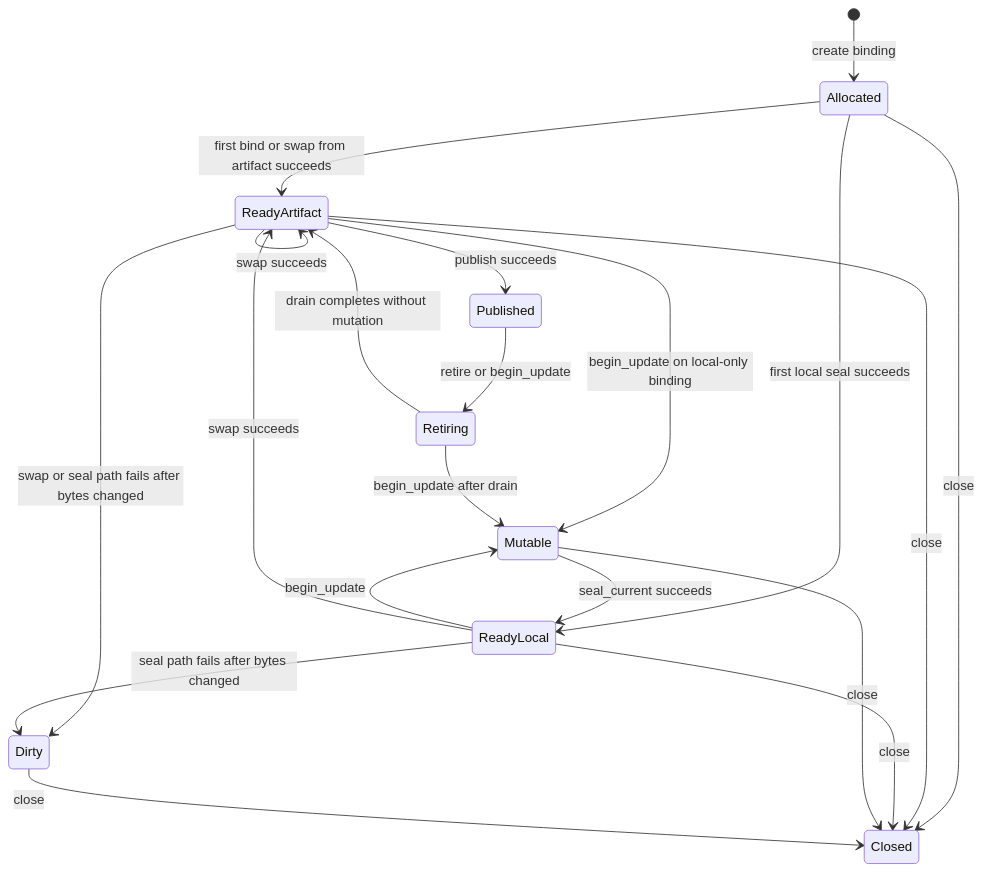
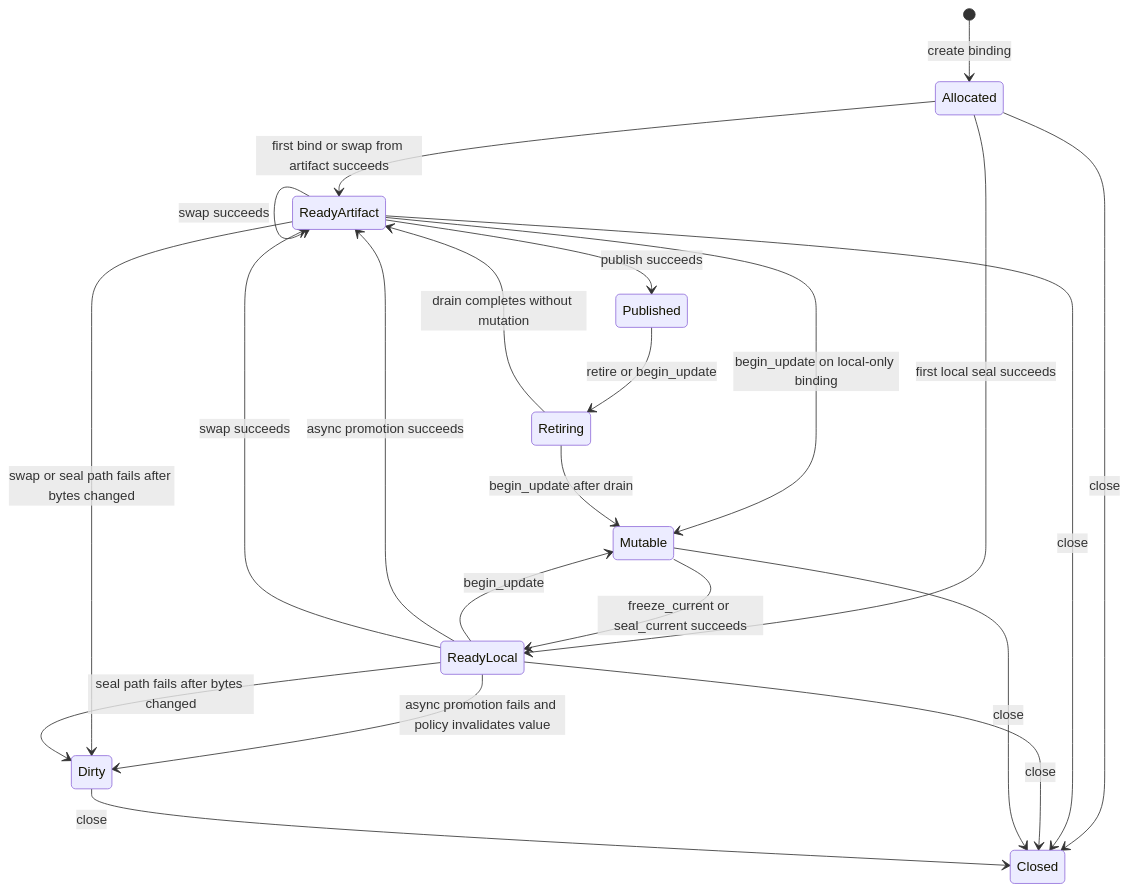
Before and after one commit to tensorcast-ai/tensorcast: the diagram in docs/designs/0084-binding-unified-model-and-contract.md, drawn with Mermaid. The commit also changed other lines of this file and 31 other files, not shown here.

Commit message:
feat(binding): add optimistic local-ready async promotion

````diff
--- a/docs/designs/0084-binding-unified-model-and-contract.md
+++ b/docs/designs/0084-binding-unified-model-and-contract.md
@@ -636,22 +695,24 @@
 ```mermaid
 stateDiagram-v2
   [*] --> Allocated: create binding
   Allocated --> ReadyArtifact: first bind or swap from artifact succeeds
   Allocated --> ReadyLocal: first local seal succeeds
   ReadyArtifact --> Published: publish succeeds
   Published --> Retiring: retire or begin_update
   Retiring --> ReadyArtifact: drain completes without mutation
   ReadyArtifact --> Mutable: begin_update on local-only binding
   ReadyLocal --> Mutable: begin_update
   Retiring --> Mutable: begin_update after drain
-  Mutable --> ReadyLocal: seal_current succeeds
+  Mutable --> ReadyLocal: freeze_current or seal_current succeeds
+  ReadyLocal --> ReadyArtifact: async promotion succeeds
+  ReadyLocal --> Dirty: async promotion fails and policy invalidates value
   ReadyArtifact --> ReadyArtifact: swap succeeds
   ReadyLocal --> ReadyArtifact: swap succeeds
   ReadyArtifact --> Dirty: swap or seal path fails after bytes changed
   ReadyLocal --> Dirty: seal path fails after bytes changed
   Allocated --> Closed: close
   ReadyArtifact --> Closed: close
   ReadyLocal --> Closed: close
   Mutable --> Closed: close
   Dirty --> Closed: close
 ```
````
